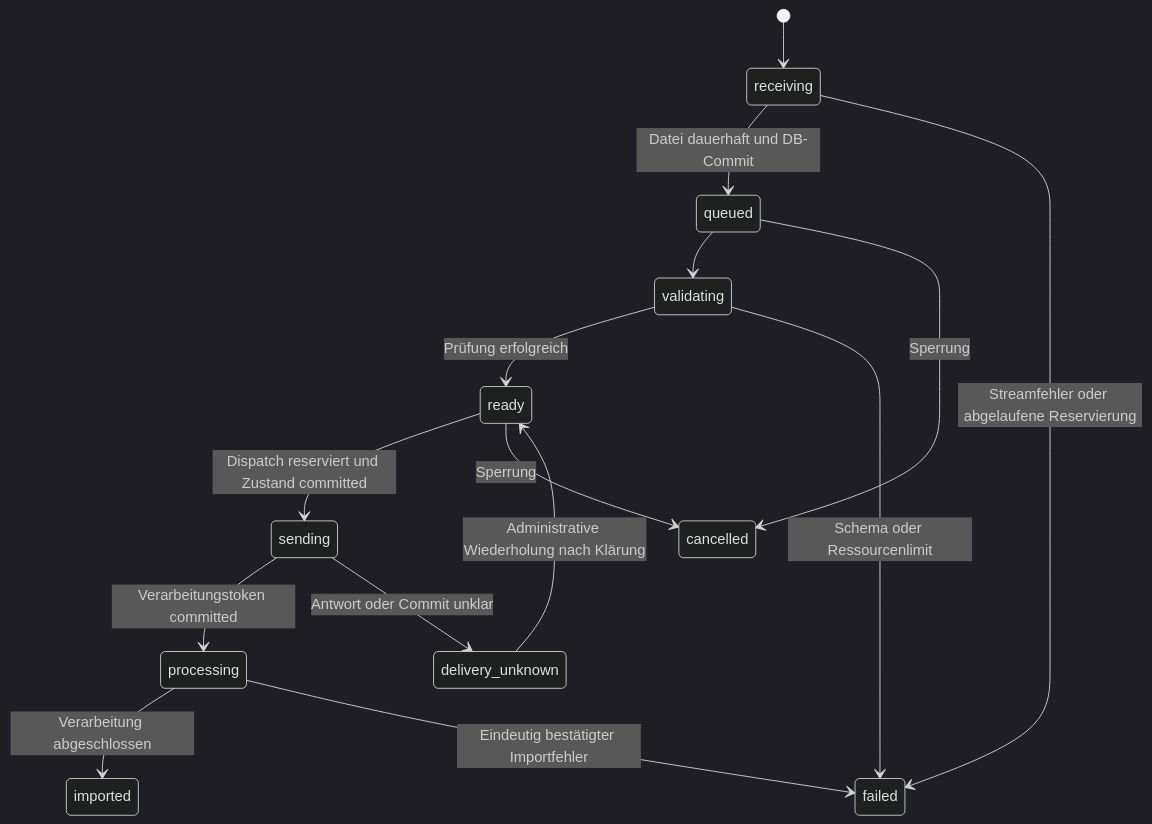
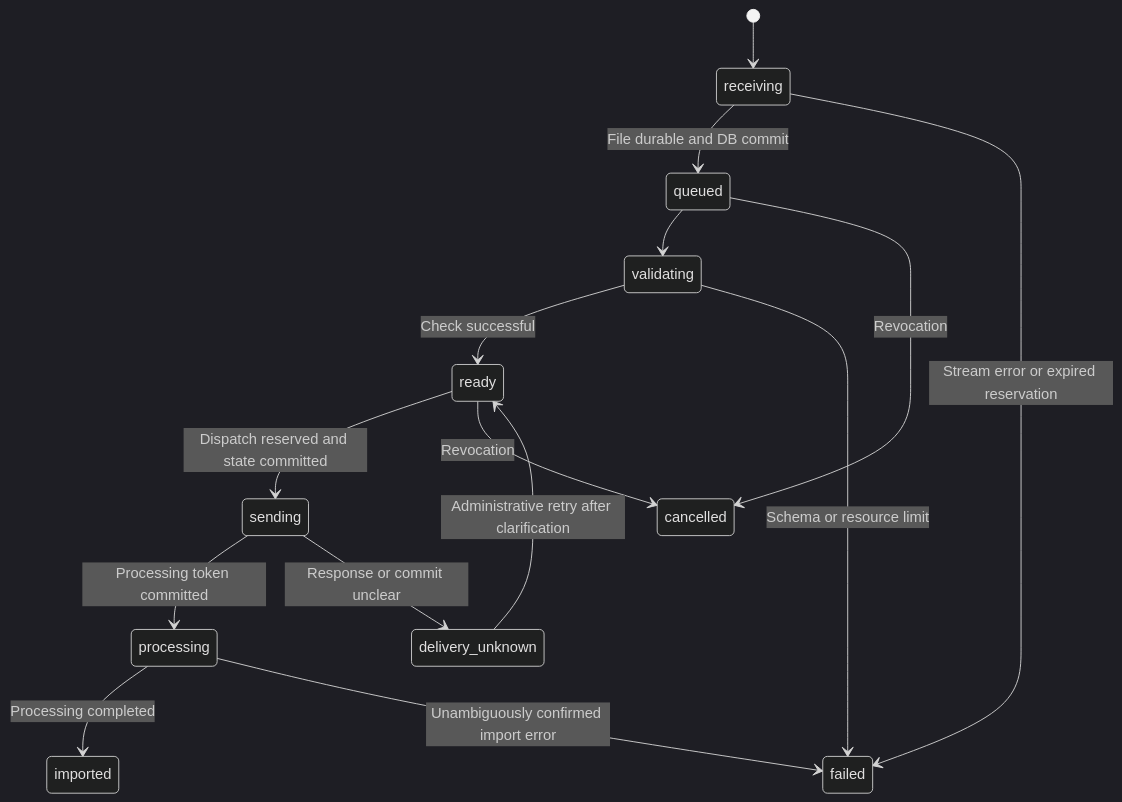
One commit to jandegen/PatchWatch changed the second of 2 diagrams in docs/design/enrollment-architecture.md. Above: the diagram before and after it, drawn with Mermaid (dark theme). The commit also changed other lines of this file and 43 other files, not shown here.

````diff
--- a/docs/design/enrollment-architecture.md
+++ b/docs/design/enrollment-architecture.md
@@ -392,17 +392,17 @@
 ```mermaid
 stateDiagram-v2
     [*] --> receiving
-    receiving --> queued: Datei dauerhaft und DB-Commit
-    receiving --> failed: Streamfehler oder abgelaufene Reservierung
+    receiving --> queued: File durable and DB commit
+    receiving --> failed: Stream error or expired reservation
     queued --> validating
-    validating --> ready: Prüfung erfolgreich
-    validating --> failed: Schema oder Ressourcenlimit
-    ready --> sending: Dispatch reserviert und Zustand committed
-    sending --> processing: Verarbeitungstoken committed
-    sending --> delivery_unknown: Antwort oder Commit unklar
-    processing --> imported: Verarbeitung abgeschlossen
-    processing --> failed: Eindeutig bestätigter Importfehler
-    queued --> cancelled: Sperrung
-    ready --> cancelled: Sperrung
-    delivery_unknown --> ready: Administrative Wiederholung nach Klärung
+    validating --> ready: Check successful
+    validating --> failed: Schema or resource limit
+    ready --> sending: Dispatch reserved and state committed
+    sending --> processing: Processing token committed
+    sending --> delivery_unknown: Response or commit unclear
+    processing --> imported: Processing completed
+    processing --> failed: Unambiguously confirmed import error
+    queued --> cancelled: Revocation
+    ready --> cancelled: Revocation
+    delivery_unknown --> ready: Administrative retry after clarification
 ```
````
